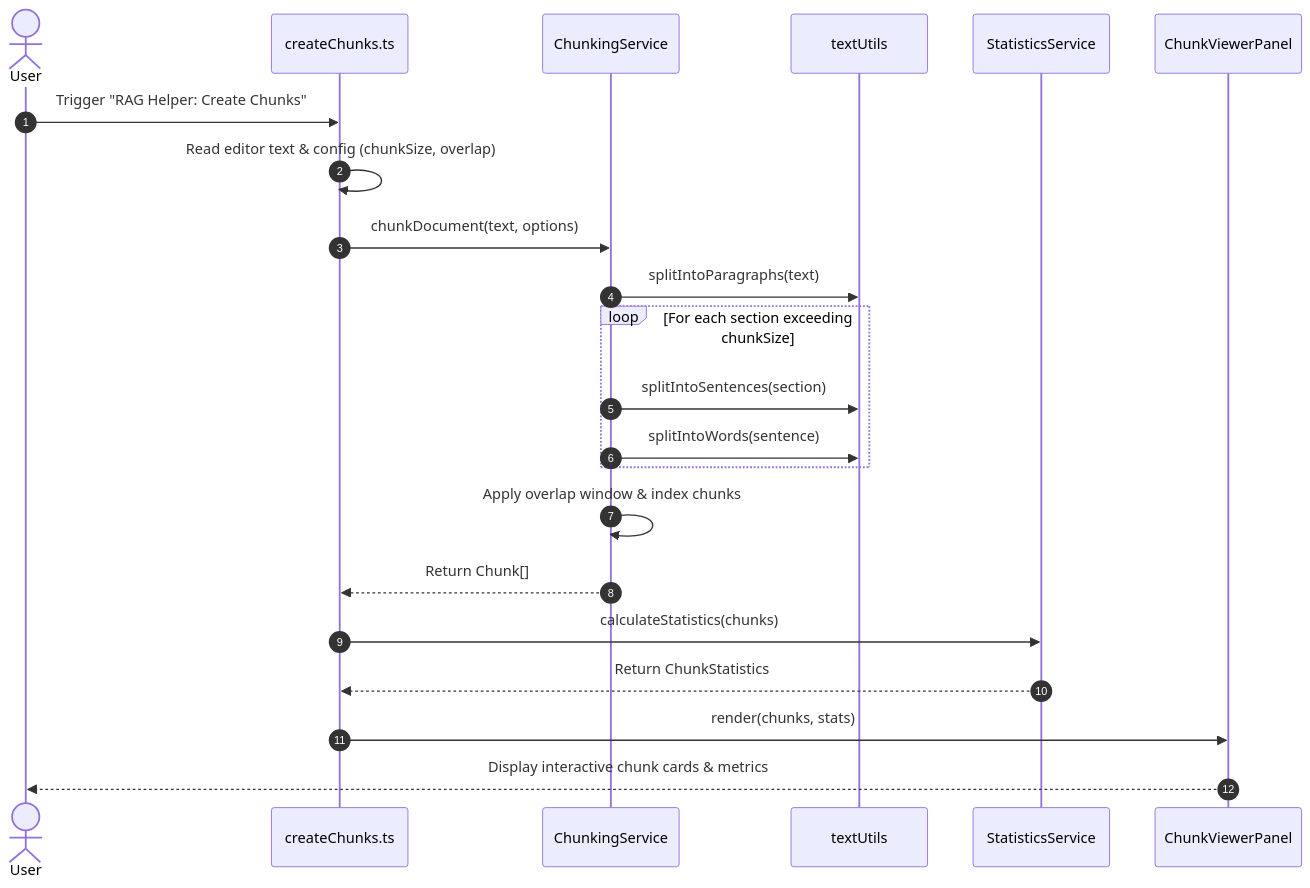
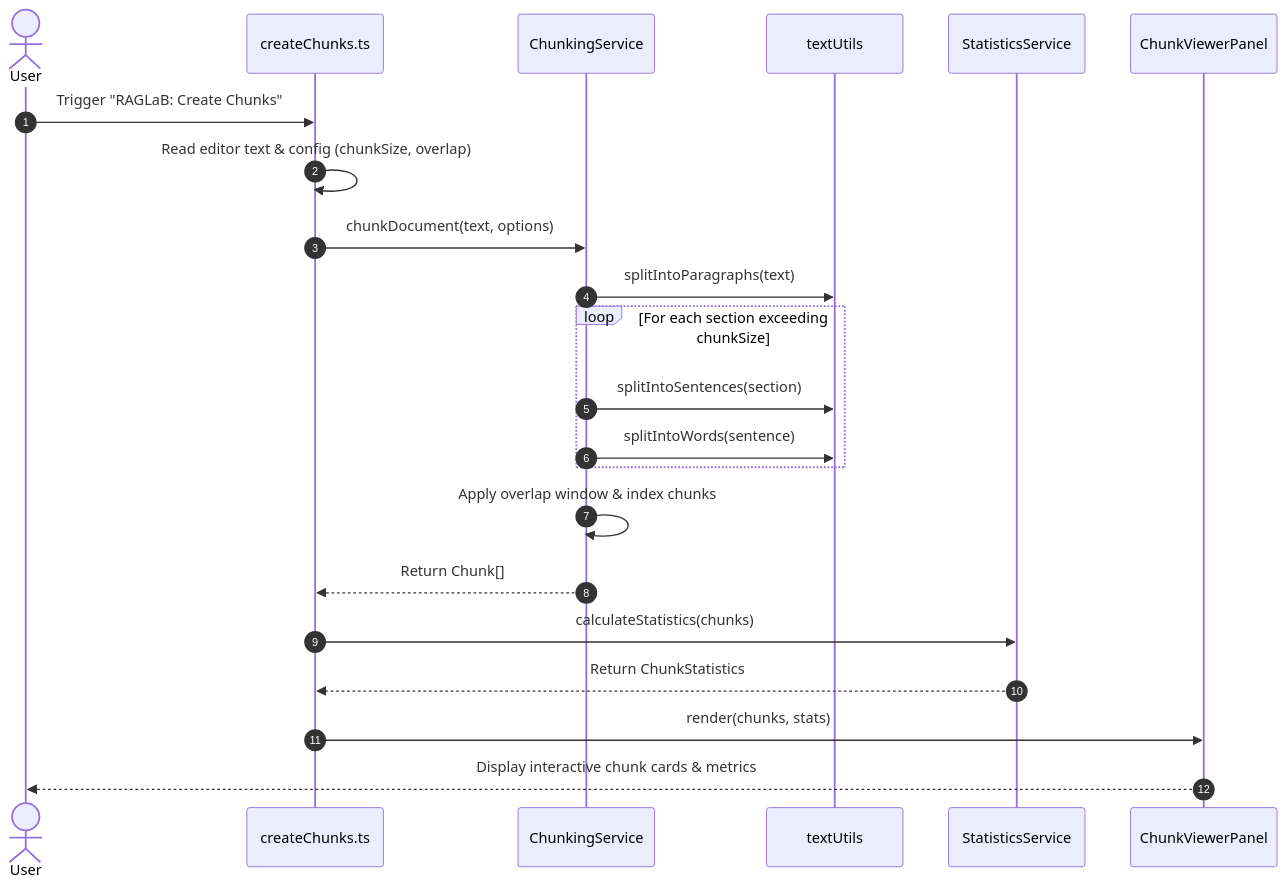
Before and after one commit to aroshwijesinghe/RAGLab: the second of 2 diagrams in ARCHITECTURE.md, drawn with Mermaid. The commit also changed 1 other file, not shown here.

Commit message:
fix(branding): ensure 100% consistent RAGLaB casing in architecture diagram and settings tips
- Update settings navigation hint in fileUtils.ts to reference 'Settings -> RAGLaB -> Max File Size'
- Align sequence diagram in ARCHITECTURE.md to use 'RAGLaB: Create Chunks' command label

````diff
--- a/ARCHITECTURE.md
+++ b/ARCHITECTURE.md
@@ -333,25 +333,25 @@
 ```mermaid
 sequenceDiagram
     autonumber
     actor User
     participant Command as createChunks.ts
     participant Service as ChunkingService
     participant TextUtil as textUtils
     participant Stats as StatisticsService
     participant Webview as ChunkViewerPanel
 
-    User->>Command: Trigger "RAG Helper: Create Chunks"
+    User->>Command: Trigger "RAGLaB: Create Chunks"
     Command->>Command: Read editor text & config (chunkSize, overlap)
     Command->>Service: chunkDocument(text, options)
     Service->>TextUtil: splitIntoParagraphs(text)
     loop For each section exceeding chunkSize
         Service->>TextUtil: splitIntoSentences(section)
         Service->>TextUtil: splitIntoWords(sentence)
     end
     Service->>Service: Apply overlap window & index chunks
     Service-->>Command: Return Chunk[]
     Command->>Stats: calculateStatistics(chunks)
     Stats-->>Command: Return ChunkStatistics
     Command->>Webview: render(chunks, stats)
     Webview-->>User: Display interactive chunk cards & metrics
 ```
````
